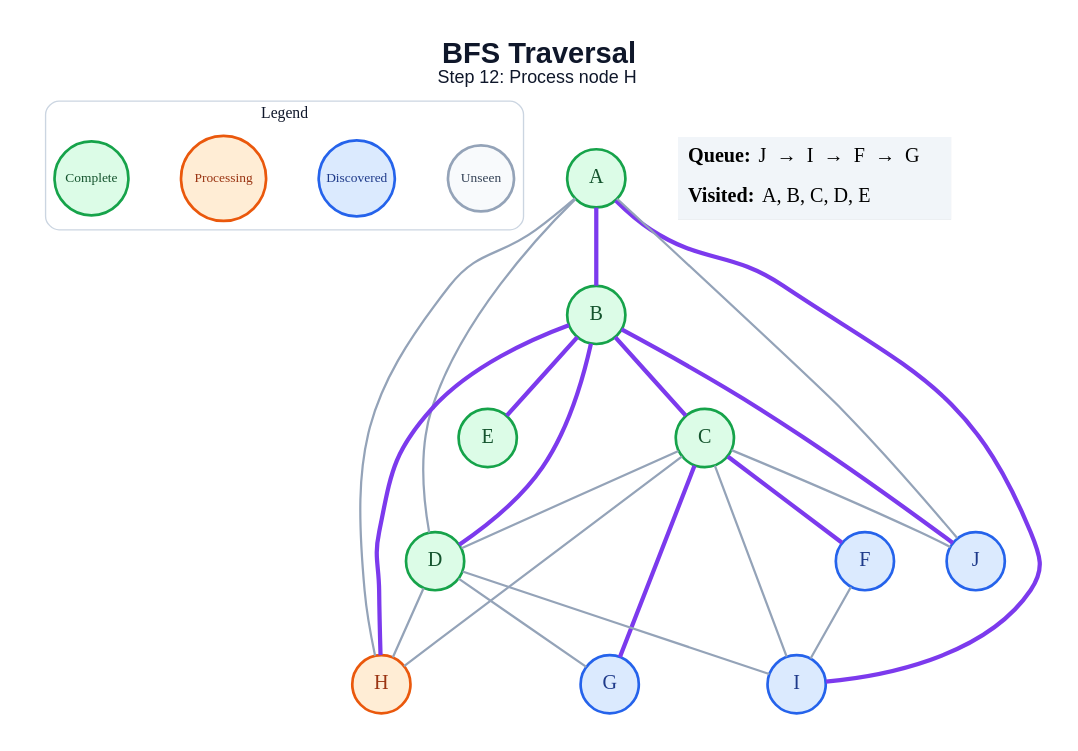
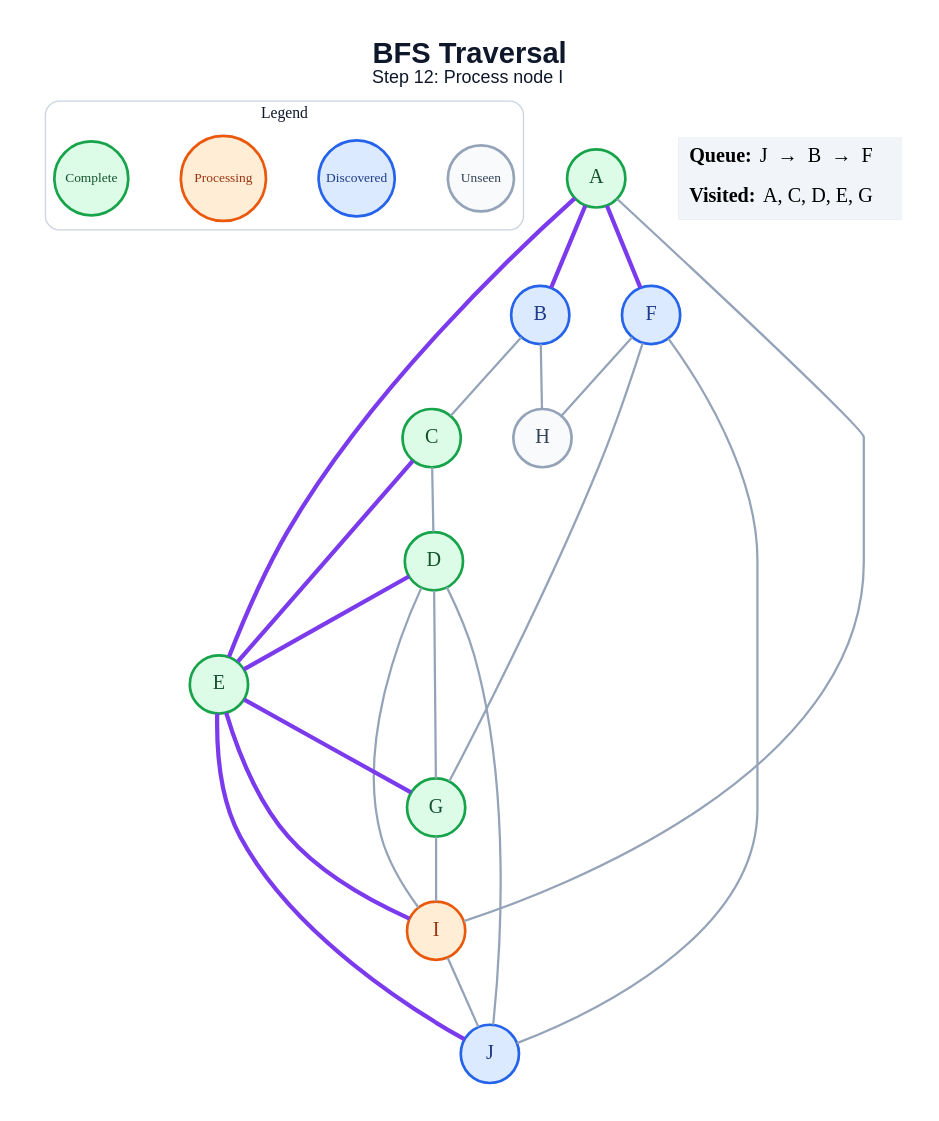
One commit to amanghodawala9/ai-slop changed the diagram in generated/specific-node/bfs/step_12.dot. Above: the diagram before and after it, drawn with Graphviz. The commit also changed 178 other files, not shown here.

```diff
--- a/generated/specific-node/bfs/step_12.dot
+++ b/generated/specific-node/bfs/step_12.dot
@@ -1,49 +1,49 @@
 graph traversal {
   graph [layout=dot, rankdir=TB, bgcolor="#FFFFFF", pad="0.35", nodesep="0.65", ranksep="0.8", fontname="Arial"];
   node [shape=circle, style="filled", fontname="Arial Bold", fontsize=18, width=0.72, fixedsize=true, penwidth=2.4];
   edge [color="#94A3B8", penwidth=2.0];
-  label=<<B>BFS Traversal</B><BR/><FONT POINT-SIZE="16">Step 12: Process node H</FONT>>; labelloc="t"; fontsize=26; fontname="Arial"; fontcolor="#0F172A";
+  label=<<B>BFS Traversal</B><BR/><FONT POINT-SIZE="16">Step 12: Process node I</FONT>>; labelloc="t"; fontsize=26; fontname="Arial"; fontcolor="#0F172A";
   subgraph cluster_legend { label="Legend"; color="#CBD5E1"; penwidth=1.2; style="rounded"; fontsize=14; fontname="Arial Bold";
     key_unseen [label="Unseen", fillcolor="#F8FAFC", color="#94A3B8", fontcolor="#334155", fontsize=12, width=0.82];
     key_frontier [label="Discovered", fillcolor="#DBEAFE", color="#2563EB", fontcolor="#1E3A8A", fontsize=12, width=0.95];
     key_current [label="Processing", fillcolor="#FFEDD5", color="#EA580C", fontcolor="#9A3412", fontsize=12, width=1.05];
     key_done [label="Complete", fillcolor="#DCFCE7", color="#16A34A", fontcolor="#14532D", fontsize=12, width=0.92];
     { rank=same; key_unseen; key_frontier; key_current; key_done; }
   }
   A [fillcolor="#DCFCE7", color="#16A34A", fontcolor="#14532D"];
-  B [fillcolor="#DCFCE7", color="#16A34A", fontcolor="#14532D"];
+  B [fillcolor="#DBEAFE", color="#2563EB", fontcolor="#1E3A8A"];
   C [fillcolor="#DCFCE7", color="#16A34A", fontcolor="#14532D"];
   D [fillcolor="#DCFCE7", color="#16A34A", fontcolor="#14532D"];
   E [fillcolor="#DCFCE7", color="#16A34A", fontcolor="#14532D"];
   F [fillcolor="#DBEAFE", color="#2563EB", fontcolor="#1E3A8A"];
-  G [fillcolor="#DBEAFE", color="#2563EB", fontcolor="#1E3A8A"];
-  H [fillcolor="#FFEDD5", color="#EA580C", fontcolor="#9A3412"];
-  I [fillcolor="#DBEAFE", color="#2563EB", fontcolor="#1E3A8A"];
+  G [fillcolor="#DCFCE7", color="#16A34A", fontcolor="#14532D"];
+  H [fillcolor="#F8FAFC", color="#94A3B8", fontcolor="#334155"];
+  I [fillcolor="#FFEDD5", color="#EA580C", fontcolor="#9A3412"];
   J [fillcolor="#DBEAFE", color="#2563EB", fontcolor="#1E3A8A"];
   A -- B [color="#7C3AED", penwidth=3.8];
-  A -- D;
-  A -- H;
-  A -- I [color="#7C3AED", penwidth=3.8];
-  A -- J;
-  B -- C [color="#7C3AED", penwidth=3.8];
-  B -- D [color="#7C3AED", penwidth=3.8];
-  B -- E [color="#7C3AED", penwidth=3.8];
-  B -- H [color="#7C3AED", penwidth=3.8];
-  B -- J [color="#7C3AED", penwidth=3.8];
+  A -- E [color="#7C3AED", penwidth=3.8];
+  A -- F [color="#7C3AED", penwidth=3.8];
+  A -- I;
+  B -- C;
+  B -- H;
   C -- D;
-  C -- F [color="#7C3AED", penwidth=3.8];
-  C -- G [color="#7C3AED", penwidth=3.8];
-  C -- H;
-  C -- I;
-  C -- J;
+  C -- E [color="#7C3AED", penwidth=3.8];
+  D -- E [color="#7C3AED", penwidth=3.8];
   D -- G;
-  D -- H;
   D -- I;
-  F -- I;
+  D -- J;
+  E -- G [color="#7C3AED", penwidth=3.8];
+  E -- I [color="#7C3AED", penwidth=3.8];
+  E -- J [color="#7C3AED", penwidth=3.8];
+  F -- G;
+  F -- H;
+  F -- J;
+  G -- I;
+  I -- J;
   status [shape=plain, fixedsize=false, width=0, height=0, margin=0, label=<
     <TABLE BORDER="0" CELLBORDER="0" CELLPADDING="7" BGCOLOR="#F1F5F9">
-      <TR><TD ALIGN="LEFT"><B>Queue:</B> J  →  I  →  F  →  G</TD></TR>
-      <TR><TD ALIGN="LEFT"><B>Visited:</B> A, B, C, D, E</TD></TR>
+      <TR><TD ALIGN="LEFT"><B>Queue:</B> J  →  B  →  F</TD></TR>
+      <TR><TD ALIGN="LEFT"><B>Visited:</B> A, C, D, E, G</TD></TR>
     </TABLE>
   >];
 }
```
